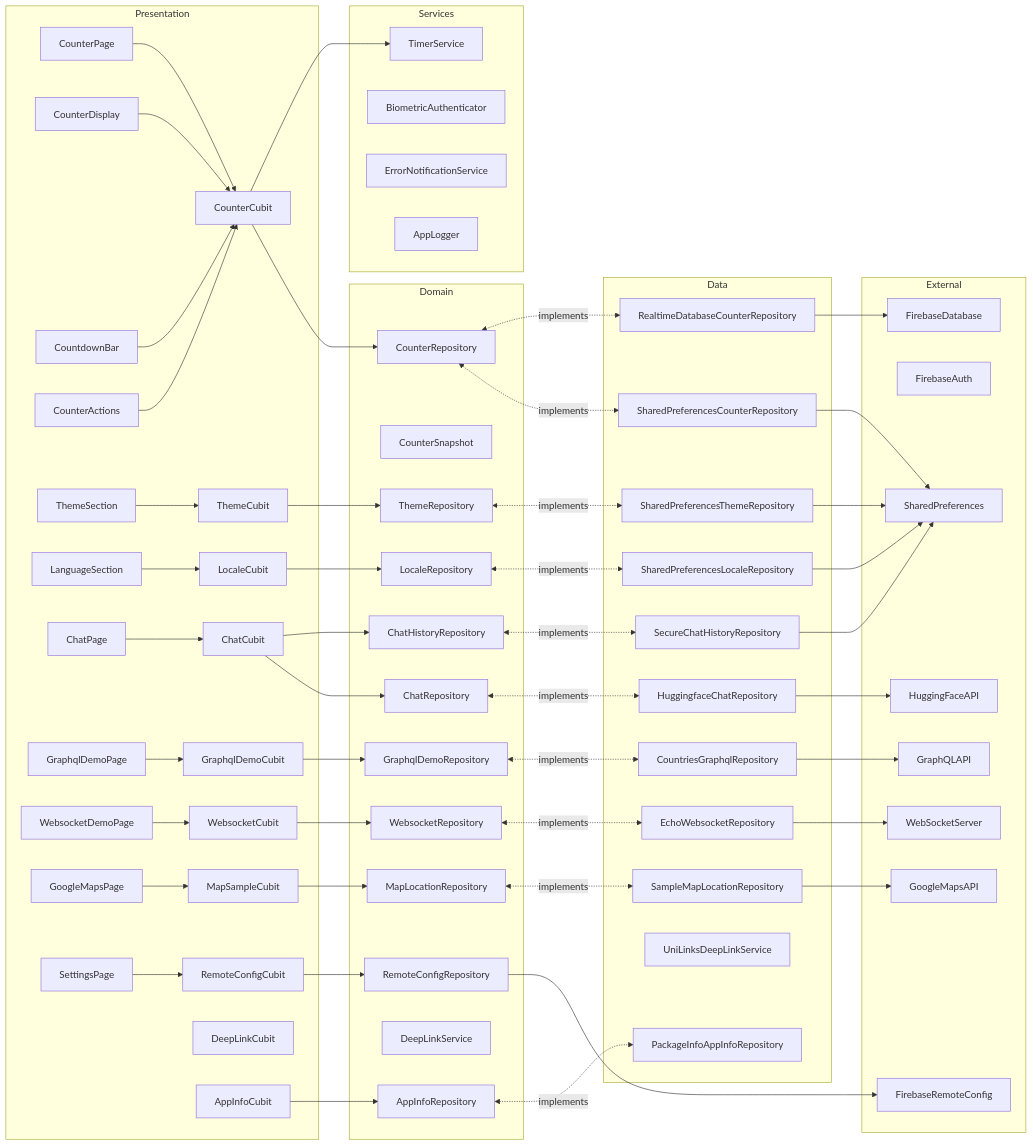
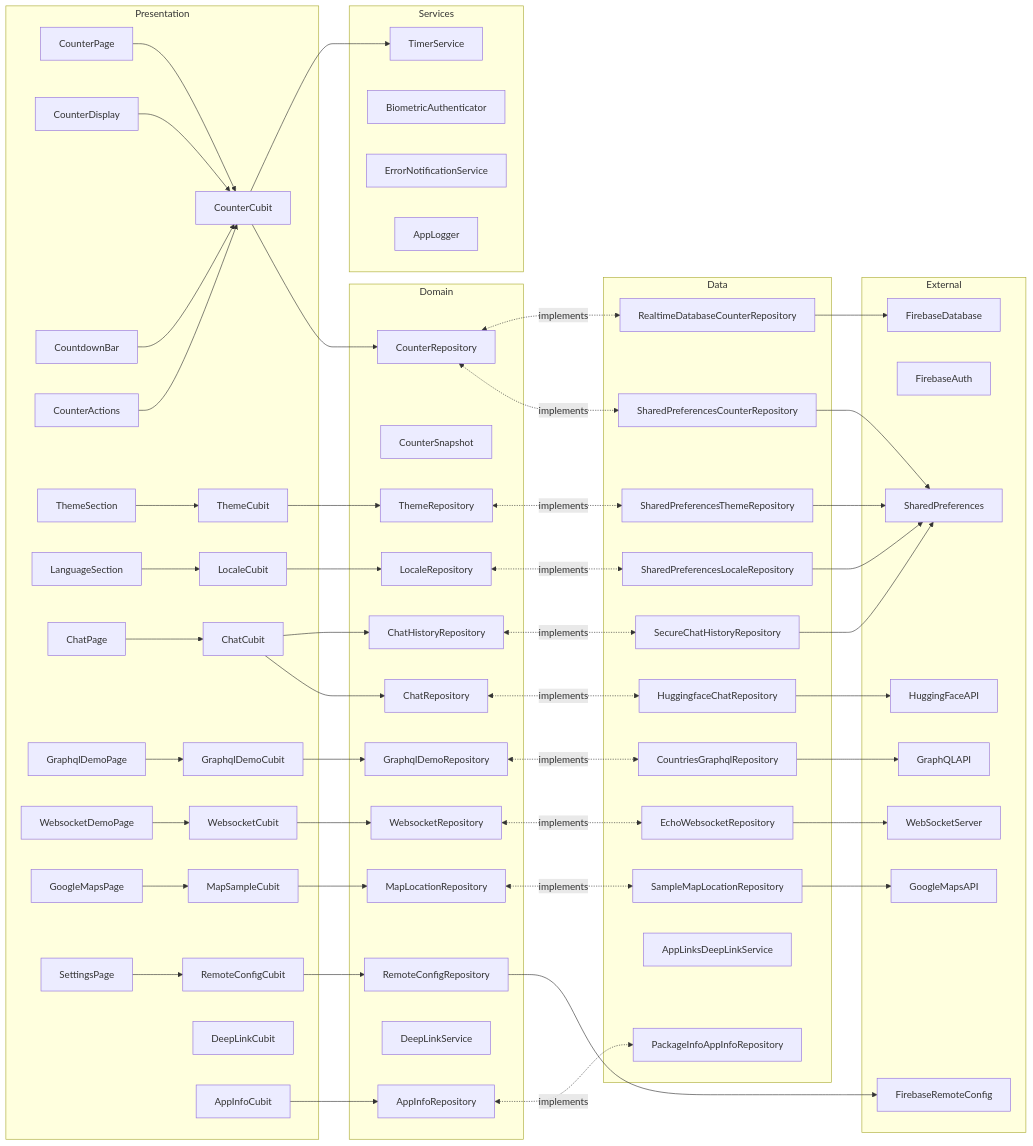
One commit to redjadet/flutter_bloc_app changed the first of 3 diagrams in README.md. Above: the diagram before and after it, drawn with Mermaid. The commit also changed other lines of this file and 13 other files, not shown here.

First line of the commit message:
Refactor deep link handling by replacing `uni_links` with `app_links` plugin

```diff
--- a/README.md
+++ b/README.md
@@ -167,7 +168,7 @@
     EchoWebsocketRepository
     SampleMapLocationRepository
     RemoteConfigRepository
-    UniLinksDeepLinkService
+    AppLinksDeepLinkService
     PackageInfoAppInfoRepository
   end
 
```
